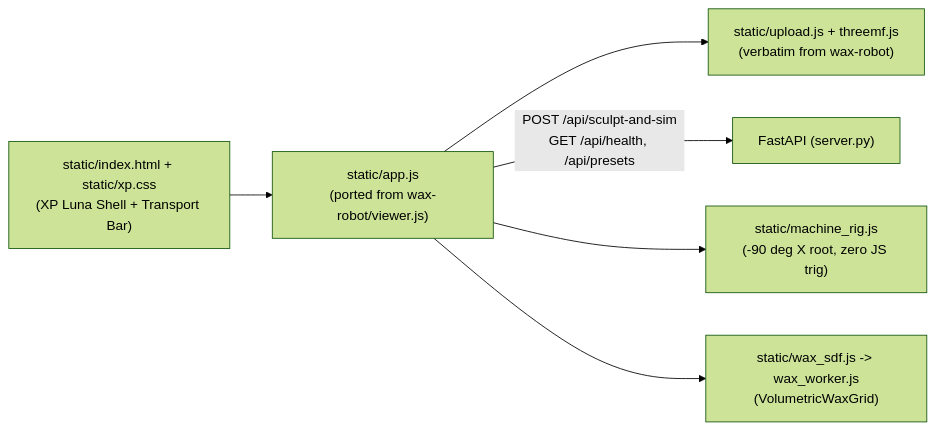
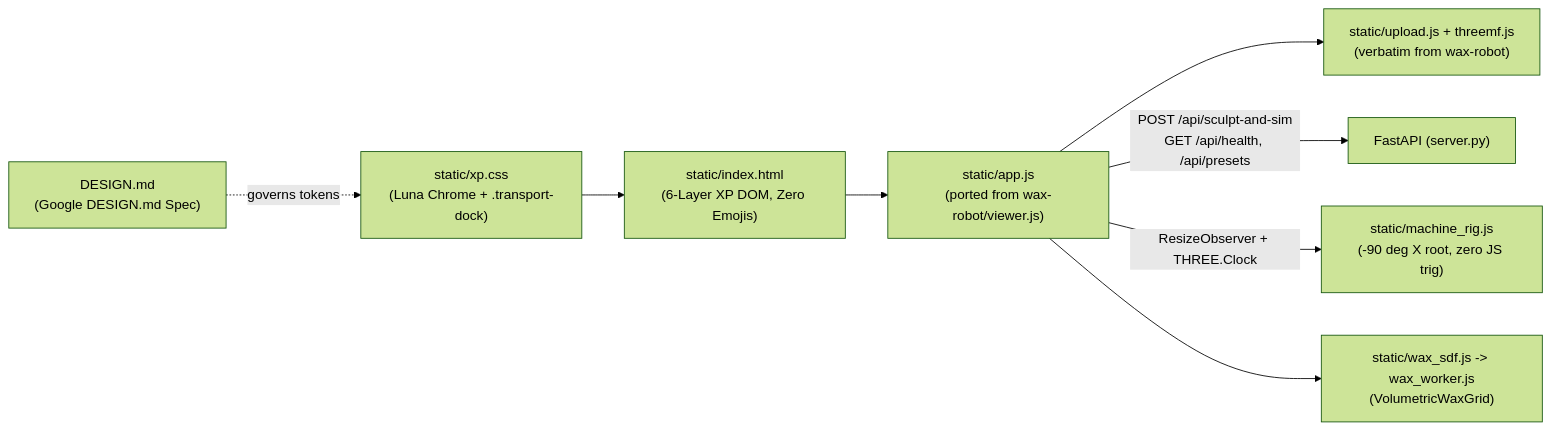
The diagram in openspec/changes/xp-ui-overhaul/architecture.md (slowbutfast/carving-simulation), drawn with Mermaid (forest theme) before and after one commit. The commit also changed other lines of this file and 13 other files, not shown here.

````diff
--- a/openspec/changes/xp-ui-overhaul/architecture.md
+++ b/openspec/changes/xp-ui-overhaul/architecture.md
@@ -10,8 +10,10 @@
 ```mermaid
 flowchart LR
-    HTML["static/index.html + static/xp.css\n(XP Luna Shell + Transport Bar)"] --> APP["static/app.js\n(ported from wax-robot/viewer.js)"]
+    DESIGN["DESIGN.md\n(Google DESIGN.md Spec)"] -.->|"governs tokens"| CSS["static/xp.css\n(Luna Chrome + .transport-dock)"]
+    HTML["static/index.html\n(6-Layer XP DOM, Zero Emojis)"] --> APP["static/app.js\n(ported from wax-robot/viewer.js)"]
+    CSS --> HTML
     APP --> UP["static/upload.js + threemf.js\n(verbatim from wax-robot)"]
     APP -->|"POST /api/sculpt-and-sim\nGET /api/health, /api/presets"| API["FastAPI (server.py)"]
-    APP --> RIG["static/machine_rig.js\n(-90 deg X root, zero JS trig)"]
+    APP -->|"ResizeObserver + THREE.Clock"| RIG["static/machine_rig.js\n(-90 deg X root, zero JS trig)"]
     APP --> SDF["static/wax_sdf.js -> wax_worker.js\n(VolumetricWaxGrid)"]
 ```
````
